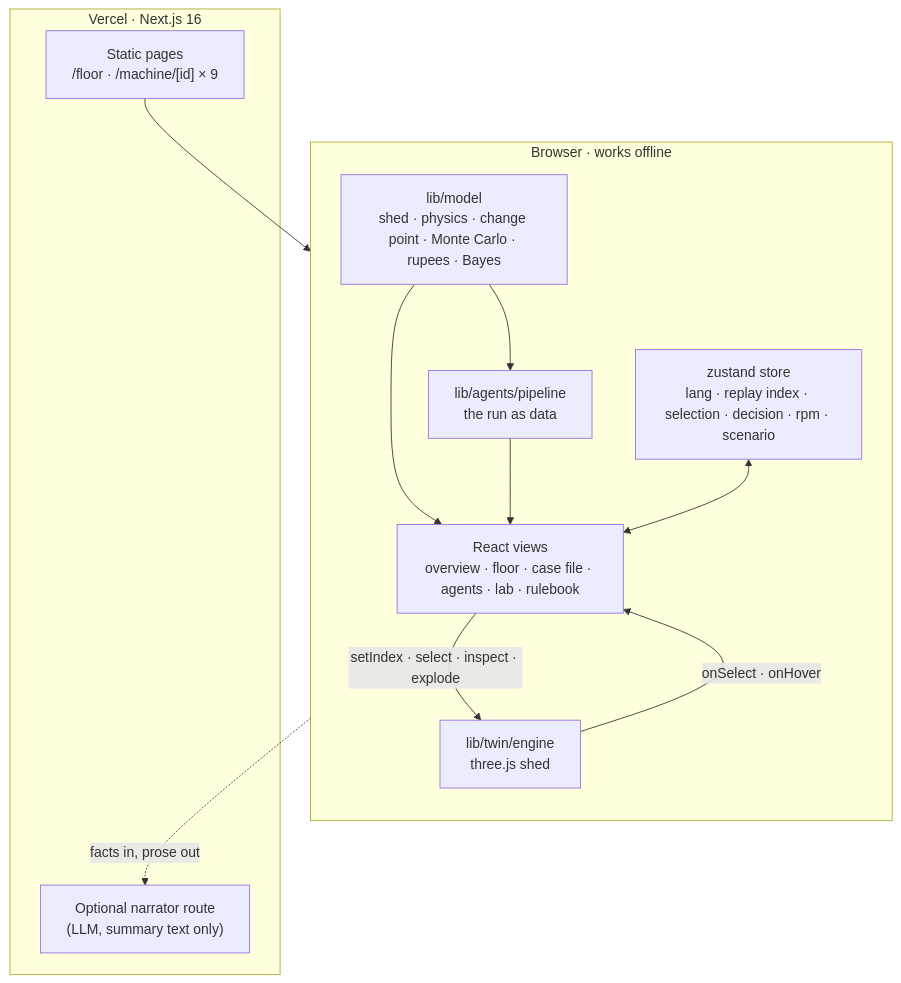
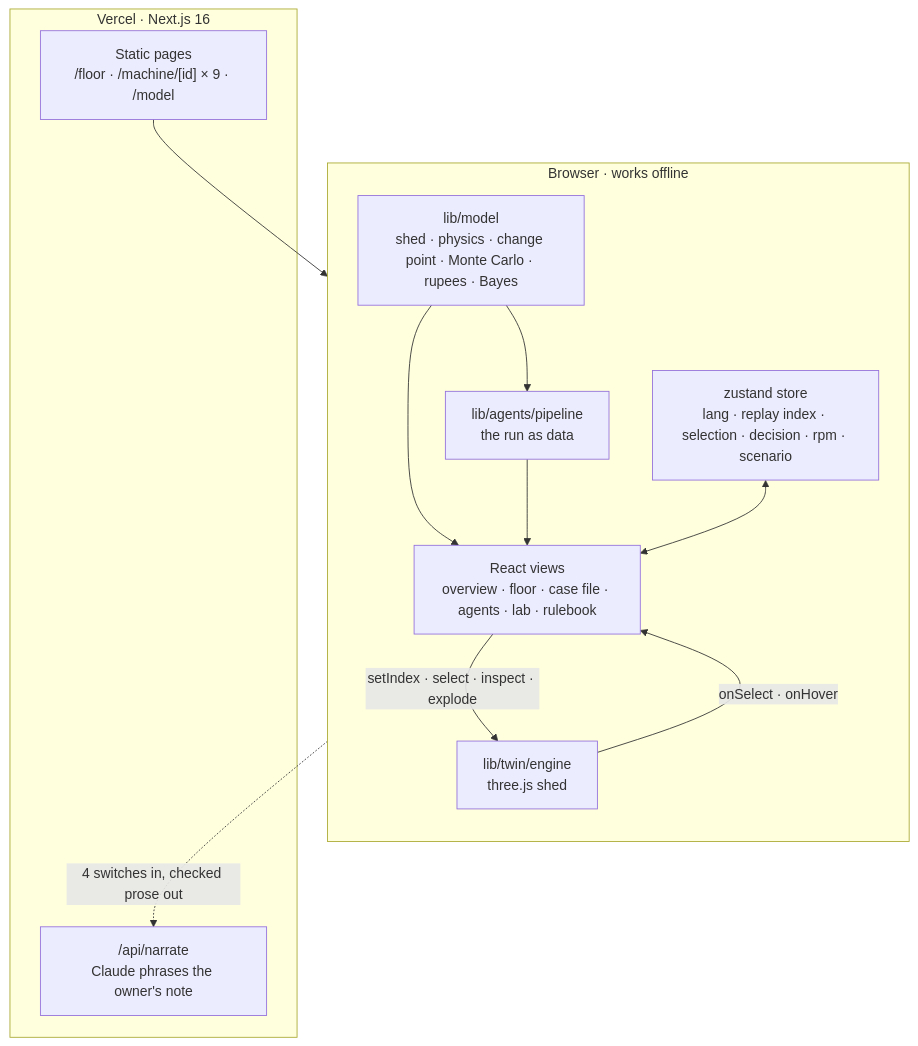
The first of 3 diagrams in docs/02-architecture.md (vizsh/Naadi), drawn with Mermaid before and after one commit. The commit also changed other lines of this file and 63 other files, not shown here.

````diff
--- a/docs/02-architecture.md
+++ b/docs/02-architecture.md
@@ -17,22 +17,22 @@
 ```mermaid
 flowchart TB
   subgraph Browser["Browser · works offline"]
     direction TB
     M["lib/model<br/>shed · physics · change point · Monte Carlo · rupees · Bayes"]
     S["zustand store<br/>lang · replay index · selection · decision · rpm · scenario"]
     A["lib/agents/pipeline<br/>the run as data"]
     E["lib/twin/engine<br/>three.js shed"]
     V["React views<br/>overview · floor · case file · agents · lab · rulebook"]
     M --> V
     M --> A --> V
     S <--> V
     V -- "setIndex · select · inspect · explode" --> E
     E -- "onSelect · onHover" --> V
   end
   subgraph Vercel["Vercel · Next.js 16"]
-    R["Static pages<br/>/floor · /machine/[id] × 9"]
-    N["Optional narrator route<br/>(LLM, summary text only)"]
+    R["Static pages<br/>/floor · /machine/[id] × 9 · /model"]
+    N["/api/narrate<br/>Claude phrases the owner's note"]
   end
   R --> V
-  V -. "facts in, prose out" .-> N
+  V -. "4 switches in, checked prose out" .-> N
 ```
````
